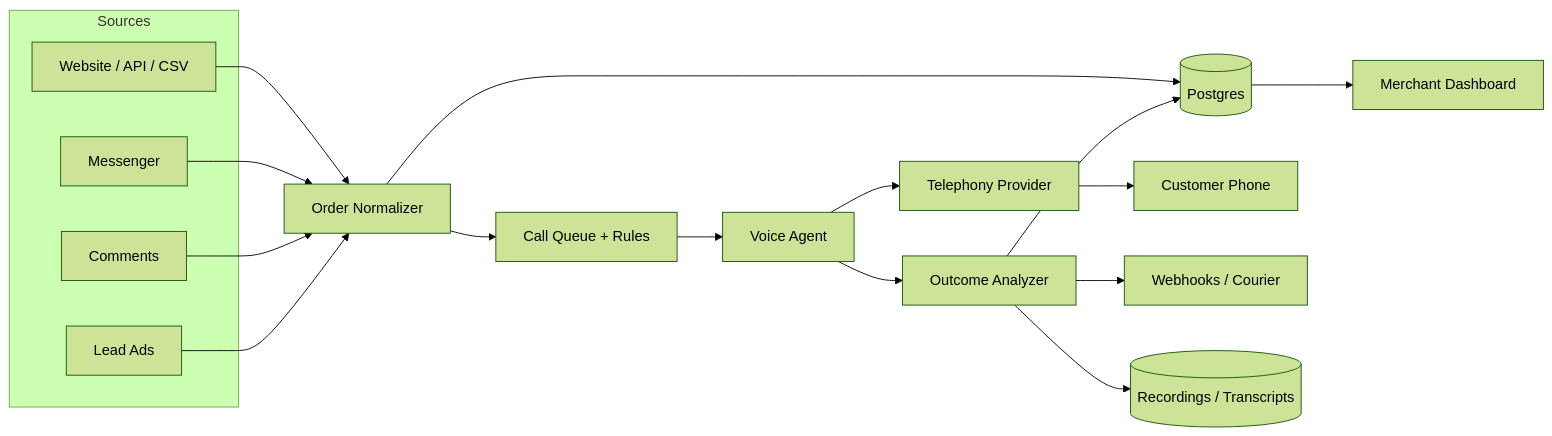
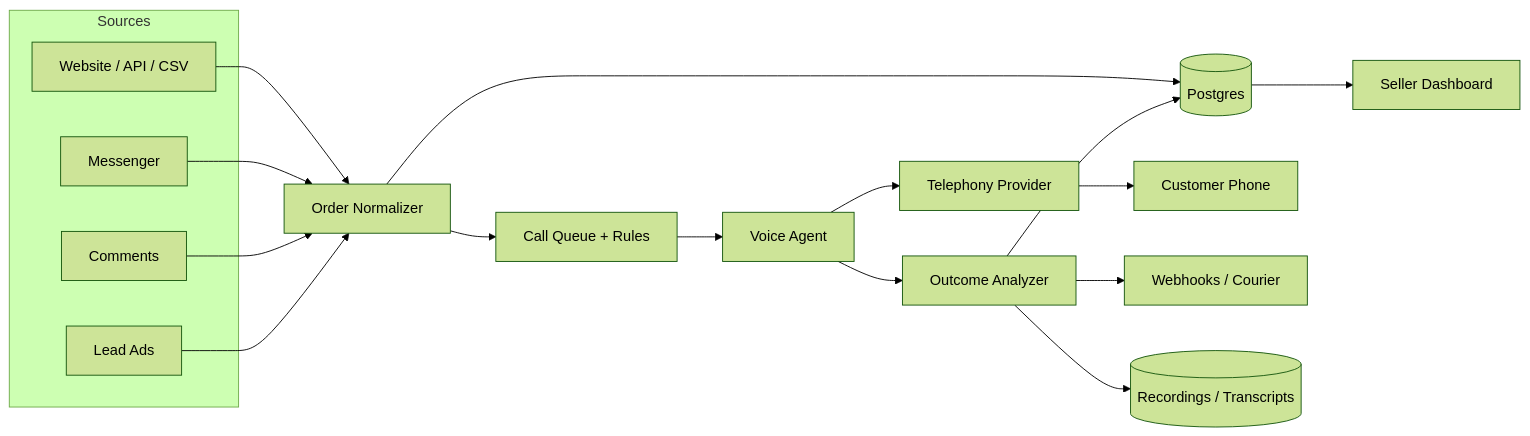
The second of 2 diagrams in PLAN.md (ahsanka667-ai/customercenterai), drawn with Mermaid (forest theme) before and after one commit. The commit also changed other lines of this file and 1 other file, not shown here.

Commit message:
Refine plan: B2B SaaS, seller-configured languages, Messenger-first, cost-optimized stack

````diff
--- a/PLAN.md
+++ b/PLAN.md
@@ -680,27 +832,27 @@
 ```mermaid
 flowchart LR
   subgraph Sources
     W[Website / API / CSV]
     M[Messenger]
     C[Comments]
     L[Lead Ads]
   end
 
   W --> N[Order Normalizer]
   M --> N
   C --> N
   L --> N
 
   N --> DB[(Postgres)]
   N --> Q[Call Queue + Rules]
 
   Q --> V[Voice Agent]
   V --> T[Telephony Provider]
   T --> P[Customer Phone]
 
   V --> A[Outcome Analyzer]
   A --> DB
   A --> H[Webhooks / Courier]
-  DB --> UI[Merchant Dashboard]
+  DB --> UI[Seller Dashboard]
   A --> R[(Recordings / Transcripts)]
 ```
````
